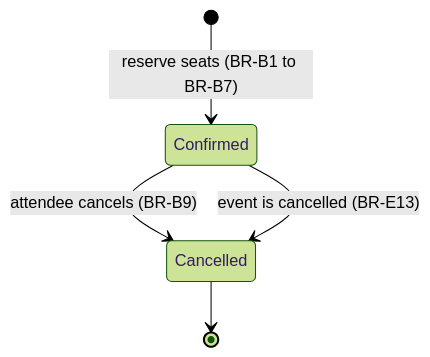
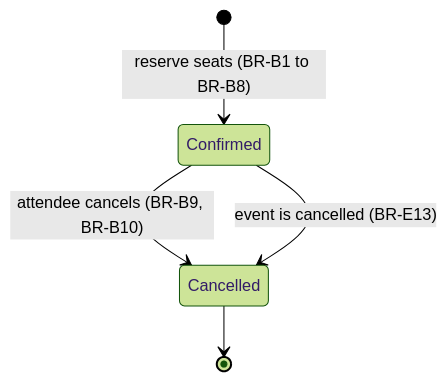
Before and after one commit to Leonelmarianog/event-booking-system: the second of 2 diagrams in docs/design/business-rules.md, drawn with Mermaid (forest theme). The commit also changed other lines of this file and 2 other files, not shown here.

````diff
--- a/docs/design/business-rules.md
+++ b/docs/design/business-rules.md
@@ -83,7 +90,7 @@
 ```mermaid
 stateDiagram-v2
-    [*] --> Confirmed: reserve seats (BR-B1 to BR-B7)
-    Confirmed --> Cancelled: attendee cancels (BR-B9)
+    [*] --> Confirmed: reserve seats (BR-B1 to BR-B8)
+    Confirmed --> Cancelled: attendee cancels (BR-B9, BR-B10)
     Confirmed --> Cancelled: event is cancelled (BR-E13)
     Cancelled --> [*]
 ```
````
